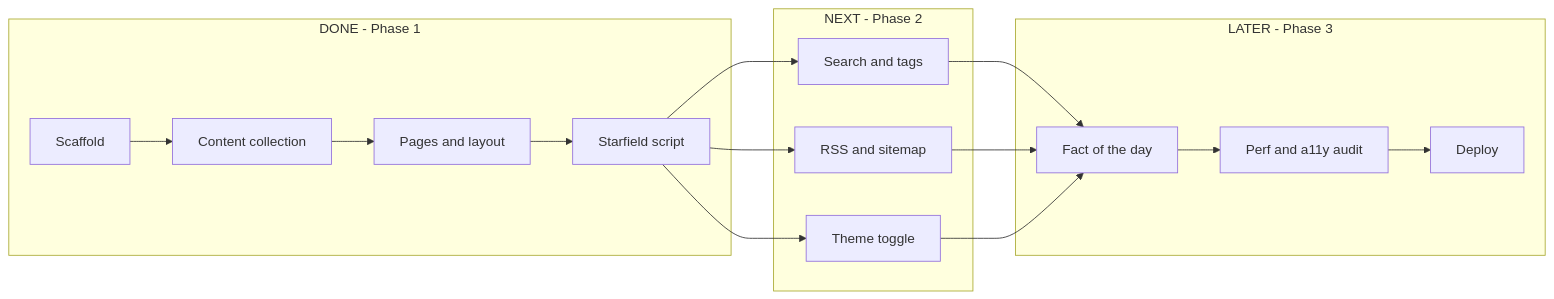
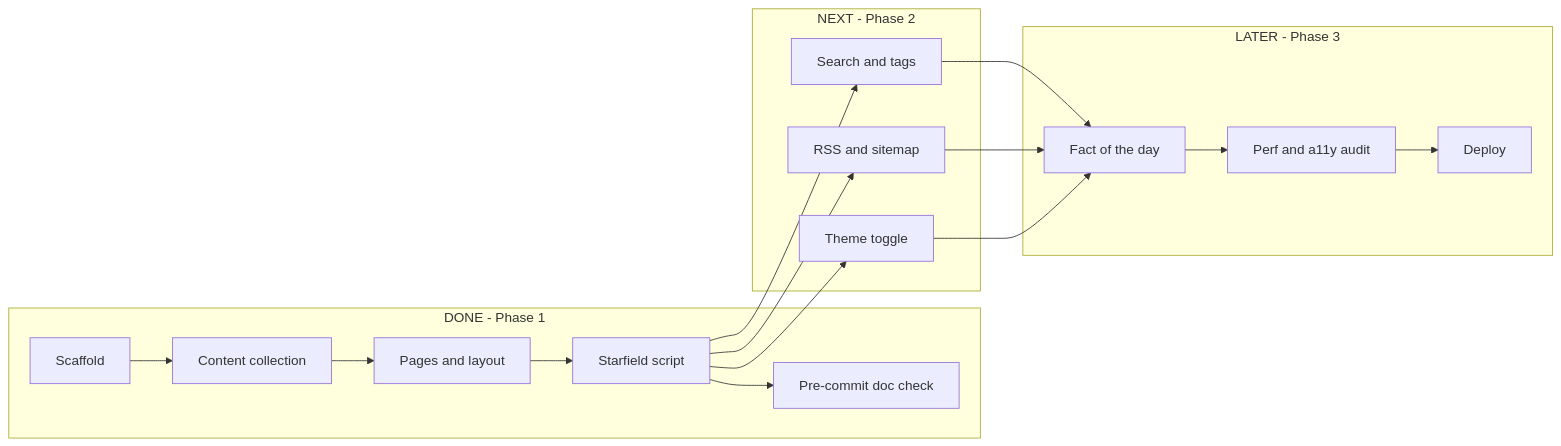
The second of 2 diagrams in doc/progress-indicator.md (ehsankorhani/progress-hooks), drawn with Mermaid before and after one commit. The commit also changed other lines of this file and 5 other files, not shown here.

First line of the commit message:
Add agent-driven progress-doc workflow with pre-commit verifier

````diff
--- a/doc/progress-indicator.md
+++ b/doc/progress-indicator.md
@@ -60,29 +64,30 @@
 ```mermaid
 flowchart LR
     subgraph done["DONE - Phase 1"]
         A["Scaffold"] --> B["Content collection"]
-        B --> C["Pages and layout"]
+        B -->        C["Pages and layout"]
         C --> D["Starfield script"]
+        D --> K["Pre-commit doc check"]
     end
 
     subgraph next["NEXT - Phase 2"]
         E["Search and tags"]
         F["RSS and sitemap"]
         G["Theme toggle"]
     end
 
     subgraph later["LATER - Phase 3"]
         H["Fact of the day"]
         I["Perf and a11y audit"]
         J["Deploy"]
     end
 
     D --> E
     D --> F
     D --> G
     E --> H
     F --> H
     G --> H
     H --> I
     I --> J
 ```
````
